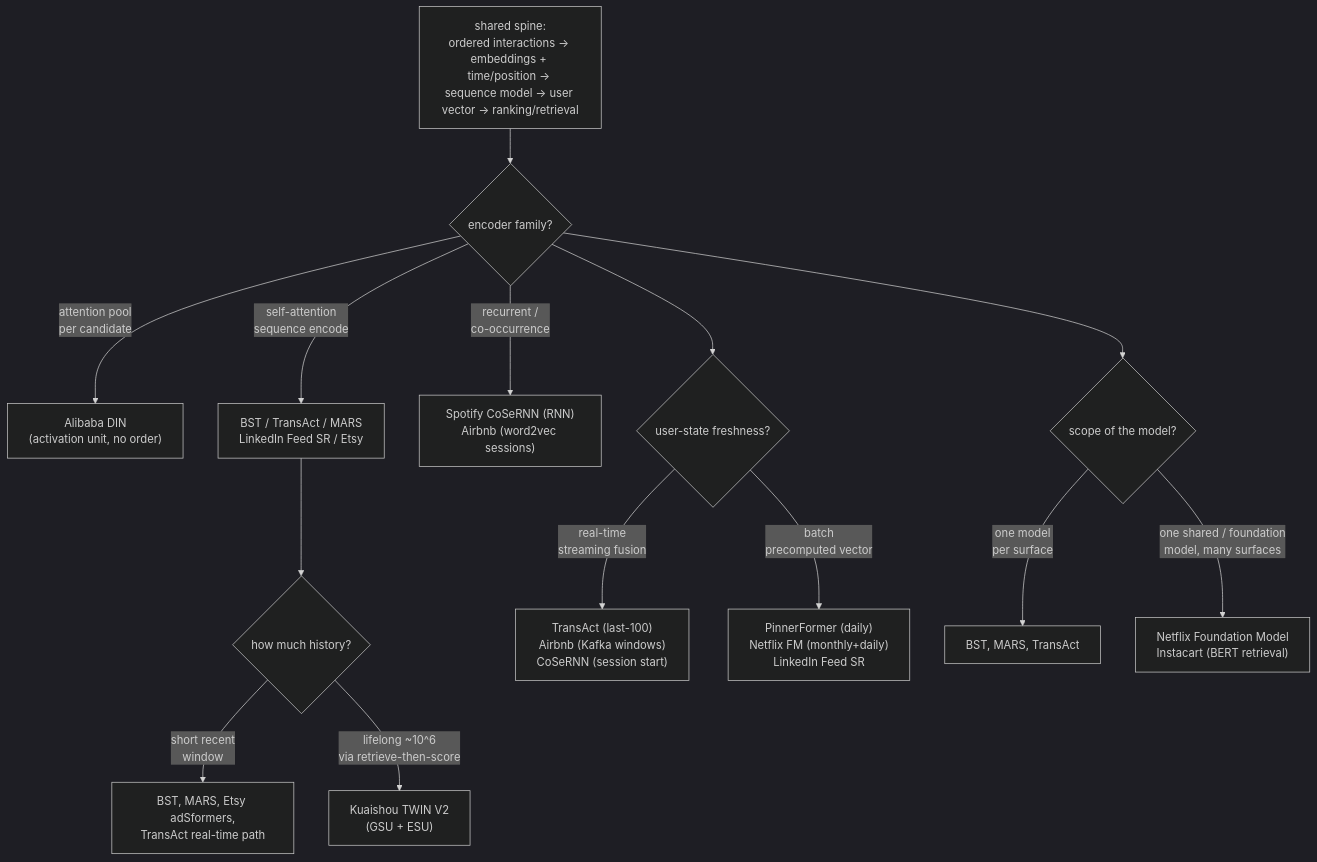
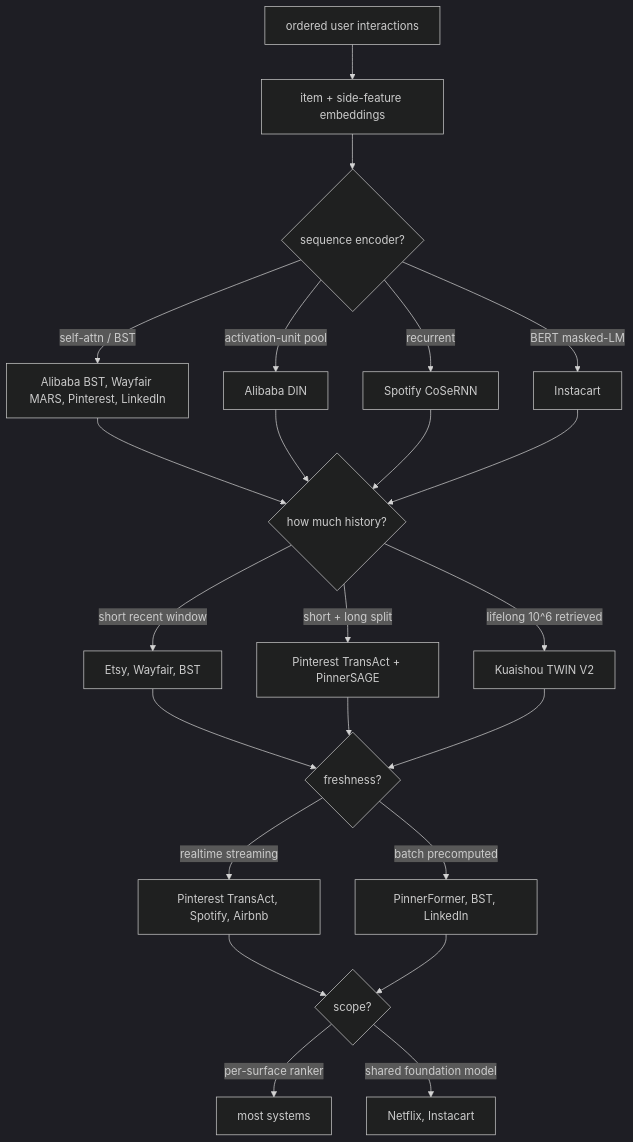
Before and after one commit to neurarch-ai/awesome-ml-system-design: the fifth of 36 diagrams in CASE-STUDIES.md, drawn with Mermaid (dark theme). The commit also changed other lines of this file, not shown here.

````diff
--- a/CASE-STUDIES.md
+++ b/CASE-STUDIES.md
@@ -148,21 +194,25 @@
 ```mermaid
 flowchart TD
-  SPINE["shared spine:<br/>ordered interactions -> embeddings + time/position -> sequence model -> user vector -> ranking/retrieval"] --> B1
-
-  B1{"encoder family?"}
-  B1 -->|"attention pool<br/>per candidate"| DIN["Alibaba DIN<br/>(activation unit, no order)"]
-  B1 -->|"self-attention<br/>sequence encode"| ATTN["BST / TransAct / MARS<br/>LinkedIn Feed SR / Etsy"]
-  B1 -->|"recurrent /<br/>co-occurrence"| REC["Spotify CoSeRNN (RNN)<br/>Airbnb (word2vec sessions)"]
-
-  ATTN --> B2{"how much history?"}
-  B2 -->|"short recent<br/>window"| SHORT["BST, MARS, Etsy adSformers,<br/>TransAct real-time path"]
-  B2 -->|"lifelong ~10^6<br/>via retrieve-then-score"| LIFE["Kuaishou TWIN V2<br/>(GSU + ESU)"]
-
-  B1 --> B3{"user-state freshness?"}
-  B3 -->|"real-time<br/>streaming fusion"| RT["TransAct (last-100)<br/>Airbnb (Kafka windows)<br/>CoSeRNN (session start)"]
-  B3 -->|"batch<br/>precomputed vector"| BAT["PinnerFormer (daily)<br/>Netflix FM (monthly+daily)<br/>LinkedIn Feed SR"]
-
-  B1 --> B4{"scope of the model?"}
-  B4 -->|"one model<br/>per surface"| PER["BST, MARS, TransAct"]
-  B4 -->|"one shared / foundation<br/>model, many surfaces"| UNI["Netflix Foundation Model<br/>Instacart (BERT retrieval)"]
+  S["ordered user interactions"] --> EMB["item + side-feature embeddings"]
+  EMB --> D1{"sequence encoder?"}
+  D1 -->|"self-attn / BST"| A1["Alibaba BST, Wayfair MARS, Pinterest, LinkedIn"]
+  D1 -->|"activation-unit pool"| A2["Alibaba DIN"]
+  D1 -->|"recurrent"| A3["Spotify CoSeRNN"]
+  D1 -->|"BERT masked-LM"| A4["Instacart"]
+  A1 --> D2{"how much history?"}
+  A2 --> D2
+  A3 --> D2
+  A4 --> D2
+  D2 -->|"short recent window"| B1["Etsy, Wayfair, BST"]
+  D2 -->|"short + long split"| B2["Pinterest TransAct + PinnerSAGE"]
+  D2 -->|"lifelong 10^6 retrieved"| B3["Kuaishou TWIN V2"]
+  B1 --> D3{"freshness?"}
+  B2 --> D3
+  B3 --> D3
+  D3 -->|"realtime streaming"| C1["Pinterest TransAct, Spotify, Airbnb"]
+  D3 -->|"batch precomputed"| C2["PinnerFormer, BST, LinkedIn"]
+  C1 --> D4{"scope?"}
+  C2 --> D4
+  D4 -->|"per-surface ranker"| U1["most systems"]
+  D4 -->|"shared foundation model"| U2["Netflix, Instacart"]
 ```
````
